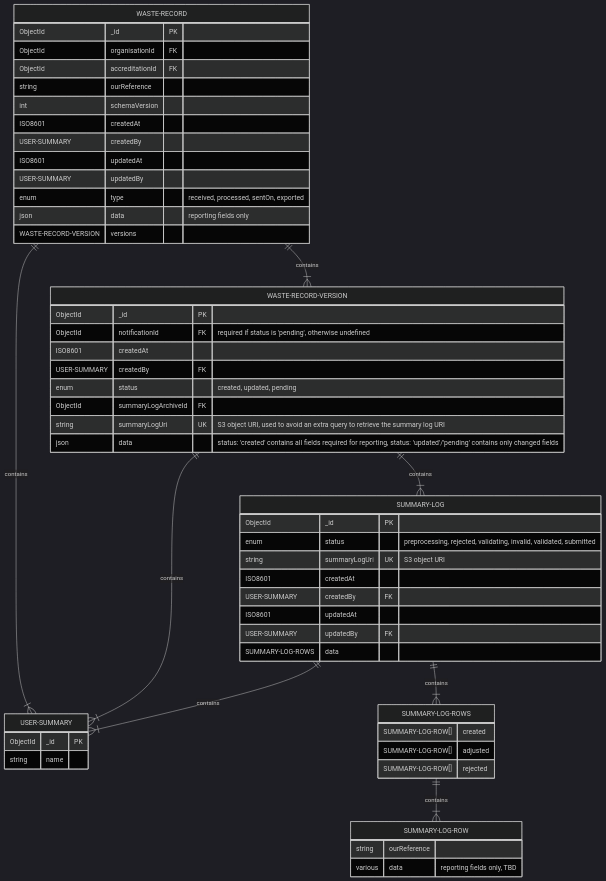
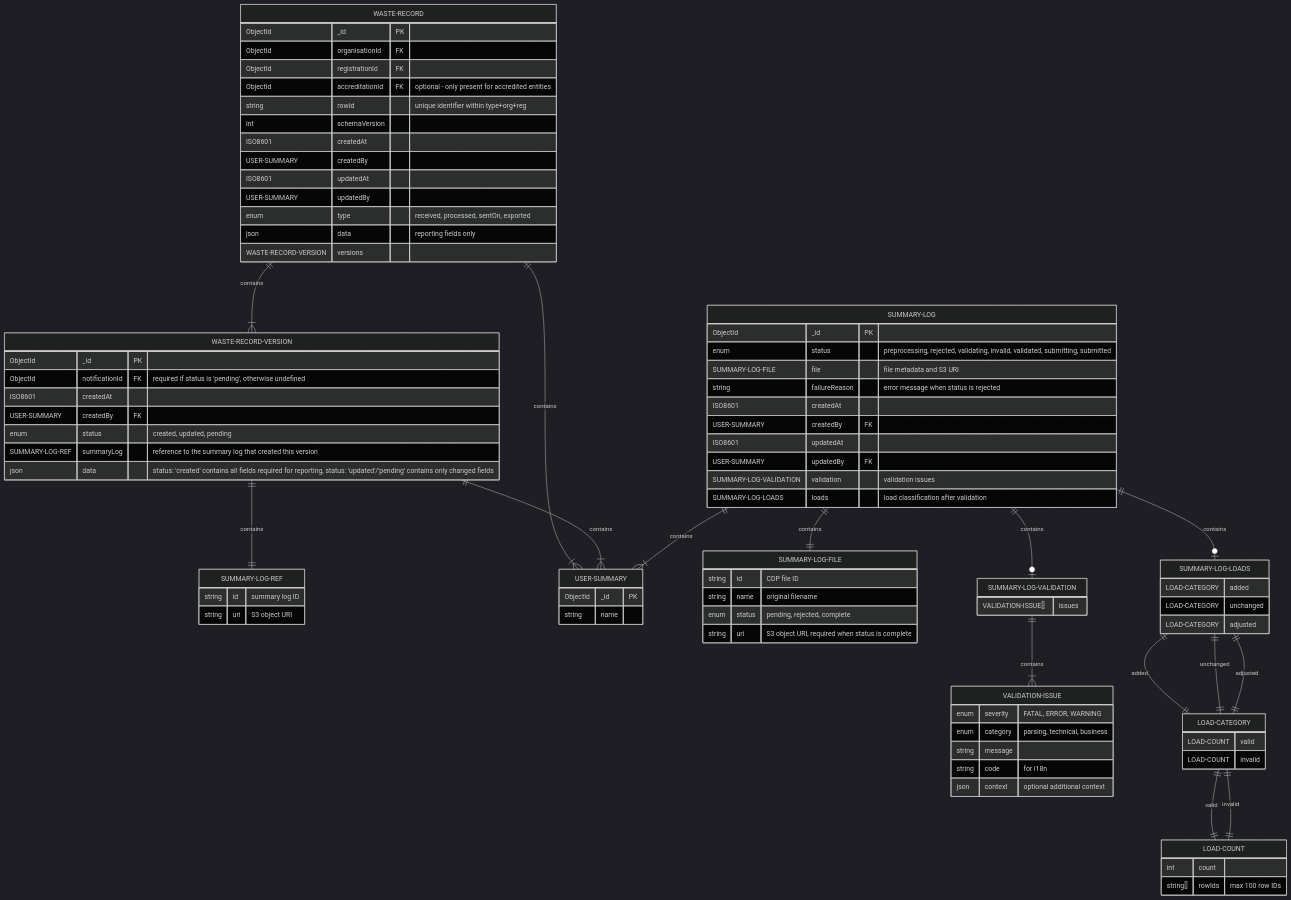
Before and after one commit to DEFRA/epr-re-ex-service: the first of 3 diagrams in docs/architecture/discovery/pepr-lld.md, drawn with Mermaid (dark theme). The commit also changed other lines of this file and 1 other file, not shown here.

First line of the commit message:
docs: update LLD to reflect actual summary log and waste record implementation

````diff
--- a/docs/architecture/discovery/pepr-lld.md
+++ b/docs/architecture/discovery/pepr-lld.md
@@ -304,8 +299,9 @@
   WASTE-RECORD {
     ObjectId _id PK
     ObjectId organisationId FK
-    ObjectId accreditationId FK
-    string ourReference
+    ObjectId registrationId FK
+    ObjectId accreditationId FK "optional - only present for accredited entities"
+    string rowId "unique identifier within type+org+reg"
     int schemaVersion
     ISO8601 createdAt
     USER-SUMMARY createdBy
@@ -322,9 +318,13 @@
     ISO8601 createdAt
     USER-SUMMARY createdBy FK
     enum status "created, updated, pending"
-    ObjectId summaryLogArchiveId FK
-    string summaryLogUri UK "S3 object URI, used to avoid an extra query to retrieve the summary log URI"
+    SUMMARY-LOG-REF summaryLog "reference to the summary log that created this version"
     json data "status: 'created' contains all fields required for reporting, status: 'updated'/'pending' contains only changed fields"
+  }
+
+  SUMMARY-LOG-REF {
+    string id "summary log ID"
+    string uri "S3 object URI"
   }
 
   USER-SUMMARY {
@@ -334,31 +334,64 @@
 
   SUMMARY-LOG {
     ObjectId _id PK
-    enum status "preprocessing, rejected, validating, invalid, validated, submitted"
-    string summaryLogUri UK "S3 object URI"
+    enum status "preprocessing, rejected, validating, invalid, validated, submitting, submitted"
+    SUMMARY-LOG-FILE file "file metadata and S3 URI"
+    string failureReason "error message when status is rejected"
     ISO8601 createdAt
     USER-SUMMARY createdBy FK
     ISO8601 updatedAt
     USER-SUMMARY updatedBy FK
-    SUMMARY-LOG-ROWS data
+    SUMMARY-LOG-VALIDATION validation "validation issues"
+    SUMMARY-LOG-LOADS loads "load classification after validation"
   }
 
-  SUMMARY-LOG-ROWS {
-    SUMMARY-LOG-ROW[] created
-    SUMMARY-LOG-ROW[] adjusted
-    SUMMARY-LOG-ROW[] rejected
+  SUMMARY-LOG-FILE {
+    string id "CDP file ID"
+    string name "original filename"
+    enum status "pending, rejected, complete"
+    string uri "S3 object URI, required when status is complete"
   }
 
-  SUMMARY-LOG-ROW {
-    string ourReference
-    various data "reporting fields only, TBD"
+  SUMMARY-LOG-VALIDATION {
+    VALIDATION-ISSUE[] issues
+  }
+
+  VALIDATION-ISSUE {
+    enum severity "FATAL, ERROR, WARNING"
+    enum category "parsing, technical, business"
+    string message
+    string code "for i18n"
+    json context "optional additional context"
+  }
+
+  SUMMARY-LOG-LOADS {
+    LOAD-CATEGORY added
+    LOAD-CATEGORY unchanged
+    LOAD-CATEGORY adjusted
+  }
+
+  LOAD-CATEGORY {
+    LOAD-COUNT valid
+    LOAD-COUNT invalid
+  }
+
+  LOAD-COUNT {
+    int count
+    string[] rowIds "max 100 row IDs"
   }
 
   WASTE-RECORD ||--|{ WASTE-RECORD-VERSION : contains
   WASTE-RECORD ||--|{ USER-SUMMARY : contains
   WASTE-RECORD-VERSION ||--|{ USER-SUMMARY : contains
-  WASTE-RECORD-VERSION ||--|{ SUMMARY-LOG : contains
+  WASTE-RECORD-VERSION ||--|| SUMMARY-LOG-REF : contains
   SUMMARY-LOG ||--|{ USER-SUMMARY : contains
-  SUMMARY-LOG ||--|{ SUMMARY-LOG-ROWS : contains
-  SUMMARY-LOG-ROWS ||--|{ SUMMARY-LOG-ROW : contains
+  SUMMARY-LOG ||--|| SUMMARY-LOG-FILE : contains
+  SUMMARY-LOG ||--o| SUMMARY-LOG-VALIDATION : contains
+  SUMMARY-LOG ||--o| SUMMARY-LOG-LOADS : contains
+  SUMMARY-LOG-VALIDATION ||--|{ VALIDATION-ISSUE : contains
+  SUMMARY-LOG-LOADS ||--|| LOAD-CATEGORY : "added"
+  SUMMARY-LOG-LOADS ||--|| LOAD-CATEGORY : "unchanged"
+  SUMMARY-LOG-LOADS ||--|| LOAD-CATEGORY : "adjusted"
+  LOAD-CATEGORY ||--|| LOAD-COUNT : "valid"
+  LOAD-CATEGORY ||--|| LOAD-COUNT : "invalid"
 ```
````
